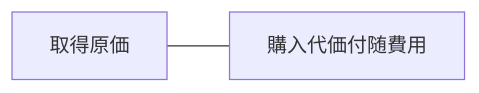
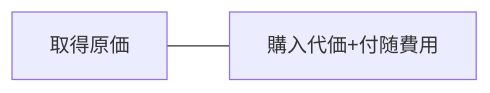
One commit to bebetakumi/mermaid changed the diagram in 固定資産/有形固定資産の取得原価.md. Above: the diagram before and after it, drawn with Mermaid.

````diff
--- a/固定資産/有形固定資産の取得原価.md
+++ b/固定資産/有形固定資産の取得原価.md
@@ -4,6 +4,6 @@
 ```mermaid
 flowchart LR
 
-取得原価 --- 購入代価付随費用
+取得原価 --- 購入代価+付随費用
 
 ```
````
